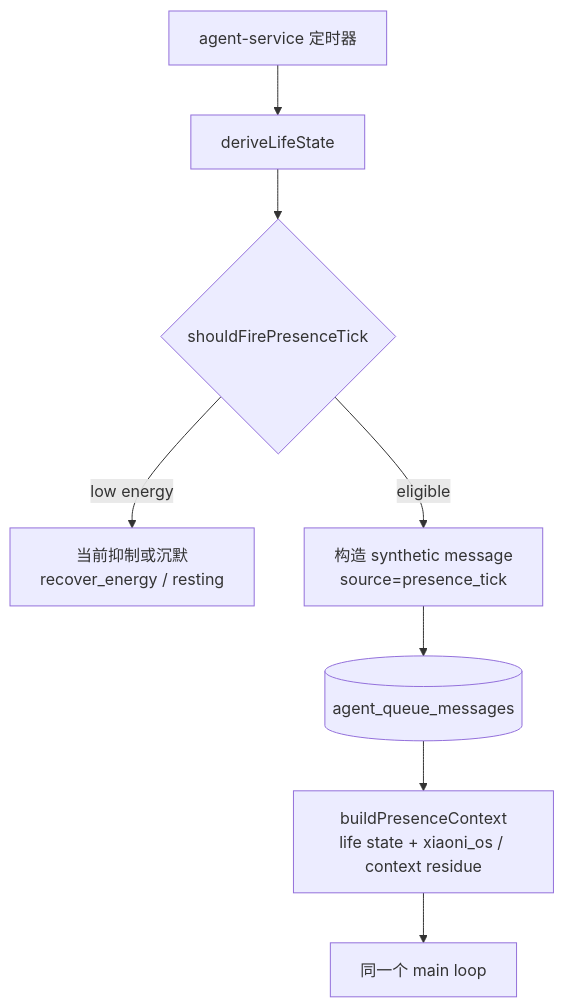
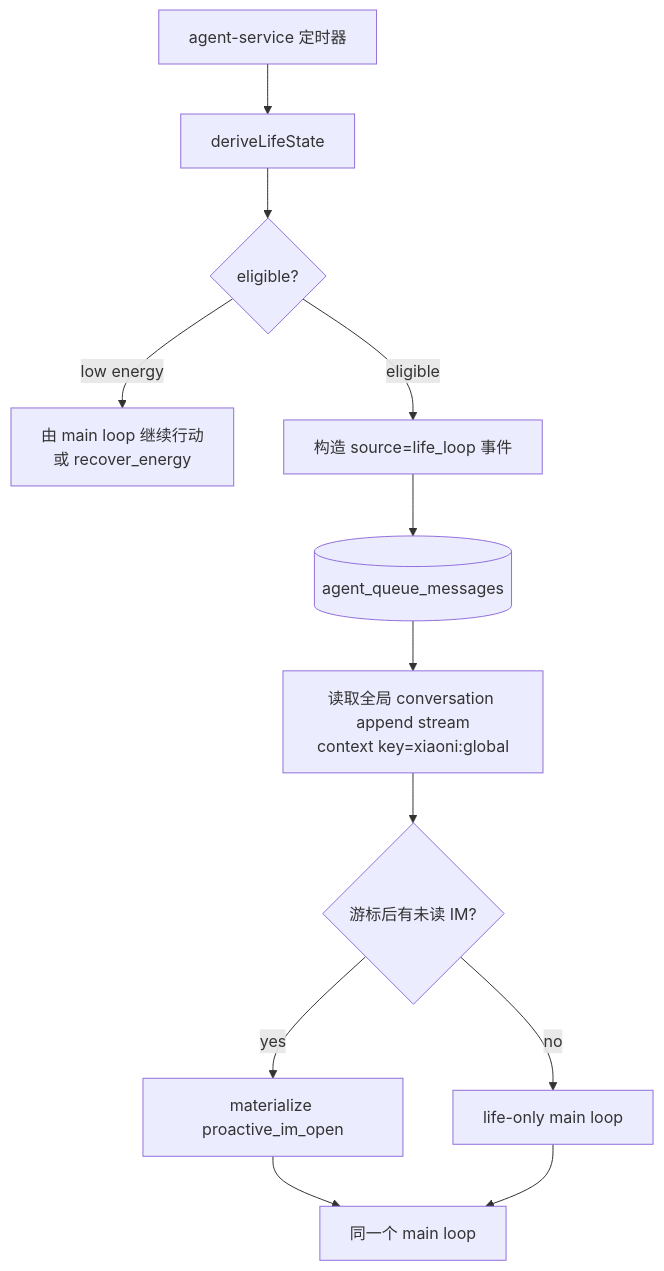
Before and after one commit to Hei-AI/xiaoni_cc: the third of 3 diagrams in docs/XIAONI_SPEAKING_FLOW.md, drawn with Mermaid. The commit also changed other lines of this file and 45 other files, not shown here.

````diff
--- a/docs/XIAONI_SPEAKING_FLOW.md
+++ b/docs/XIAONI_SPEAKING_FLOW.md
@@ -86,10 +94,14 @@
 ```mermaid
 flowchart TD
   A[agent-service 定时器] --> B[deriveLifeState]
-  B --> C{shouldFirePresenceTick}
-  C -->|low energy| D[当前抑制或沉默<br/>recover_energy / resting]
-  C -->|eligible| E[构造 synthetic message<br/>source=presence_tick]
+  B --> C{eligible?}
+  C -->|low energy| D[由 main loop 继续行动<br/>或 recover_energy]
+  C -->|eligible| E[构造 source=life_loop 事件]
   E --> F[(agent_queue_messages)]
-  F --> G[buildPresenceContext<br/>life state + xiaoni_os / context residue]
-  G --> H[同一个 main loop]
+  F --> G[读取全局 conversation append stream<br/>context key=xiaoni:global]
+  G --> H{游标后有未读 IM?}
+  H -->|yes| I[materialize proactive_im_open]
+  H -->|no| J[life-only main loop]
+  I --> K[同一个 main loop]
+  J --> K
 ```
````
